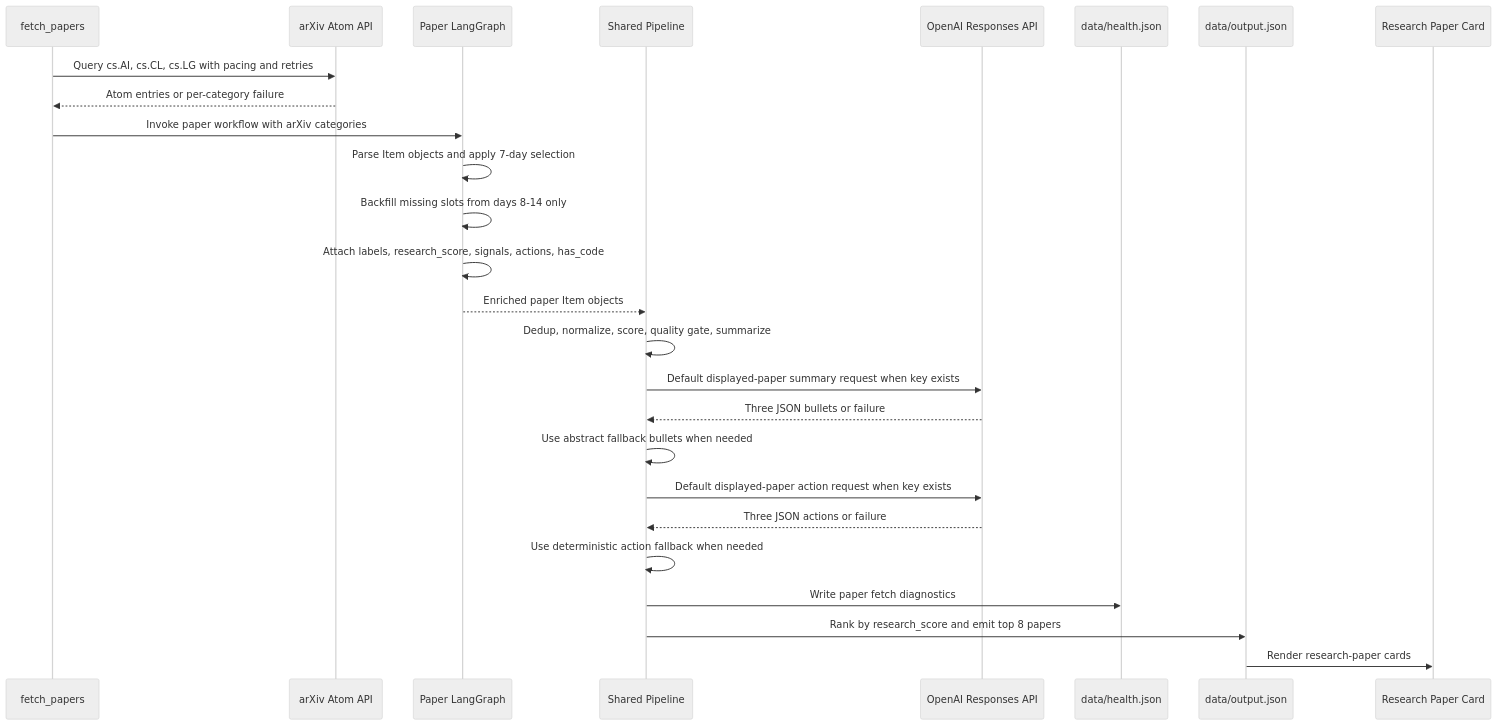
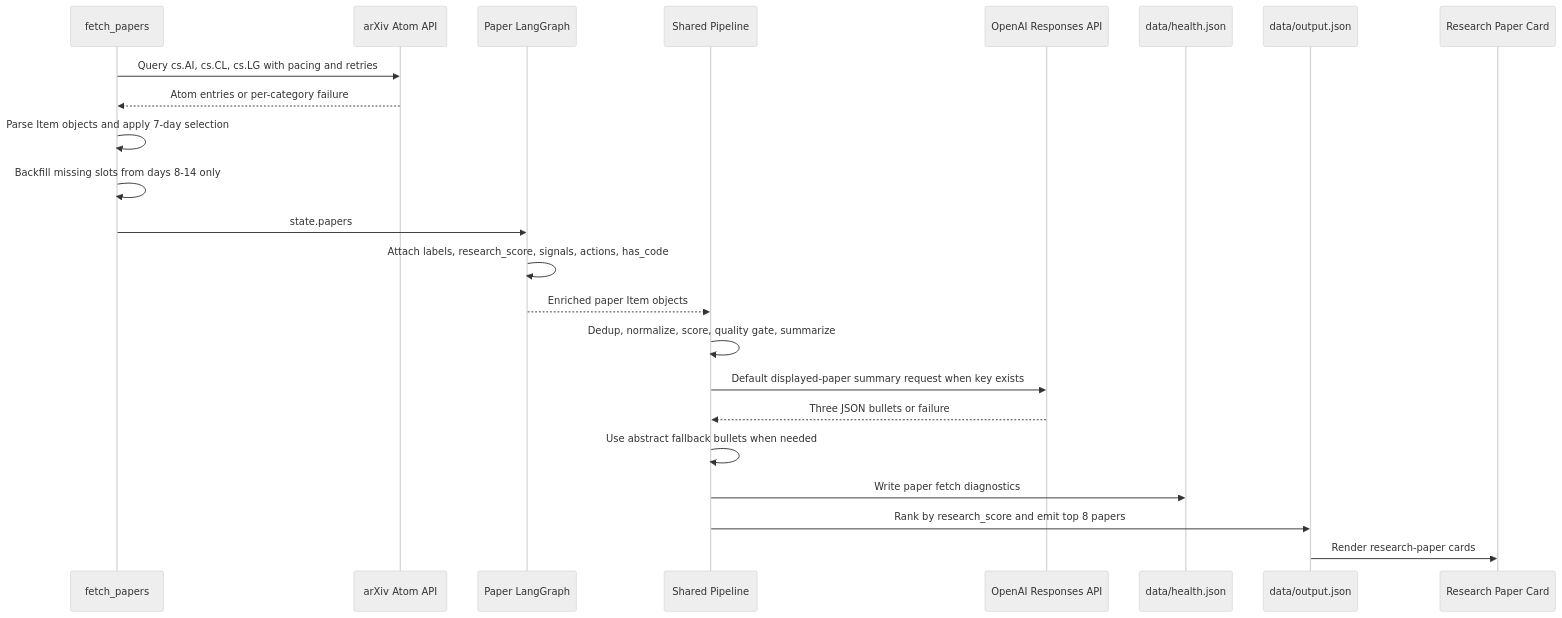
Before and after one commit to AjinkyaPawale1/ai-news-artifact: the fourth of 4 diagrams in docs/research-paper-agent-architecture.md, drawn with Mermaid (neutral theme). The commit also changed other lines of this file and 19 other files, not shown here.

````diff
--- a/docs/research-paper-agent-architecture.md
+++ b/docs/research-paper-agent-architecture.md
@@ -634,29 +582,26 @@
 ```mermaid
 sequenceDiagram
     participant Fetch as fetch_papers
     participant Arxiv as arXiv Atom API
     participant Graph as Paper LangGraph
     participant Shared as Shared Pipeline
     participant OAI as OpenAI Responses API
     participant Health as data/health.json
     participant Artifact as data/output.json
     participant UI as Research Paper Card
 
     Fetch->>Arxiv: Query cs.AI, cs.CL, cs.LG with pacing and retries
     Arxiv-->>Fetch: Atom entries or per-category failure
-    Fetch->>Graph: Invoke paper workflow with arXiv categories
-    Graph->>Graph: Parse Item objects and apply 7-day selection
-    Graph->>Graph: Backfill missing slots from days 8-14 only
+    Fetch->>Fetch: Parse Item objects and apply 7-day selection
+    Fetch->>Fetch: Backfill missing slots from days 8-14 only
+    Fetch->>Graph: state.papers
     Graph->>Graph: Attach labels, research_score, signals, actions, has_code
     Graph-->>Shared: Enriched paper Item objects
     Shared->>Shared: Dedup, normalize, score, quality gate, summarize
     Shared->>OAI: Default displayed-paper summary request when key exists
     OAI-->>Shared: Three JSON bullets or failure
     Shared->>Shared: Use abstract fallback bullets when needed
-    Shared->>OAI: Default displayed-paper action request when key exists
-    OAI-->>Shared: Three JSON actions or failure
-    Shared->>Shared: Use deterministic action fallback when needed
     Shared->>Health: Write paper fetch diagnostics
     Shared->>Artifact: Rank by research_score and emit top 8 papers
     Artifact->>UI: Render research-paper cards
 ```
````
